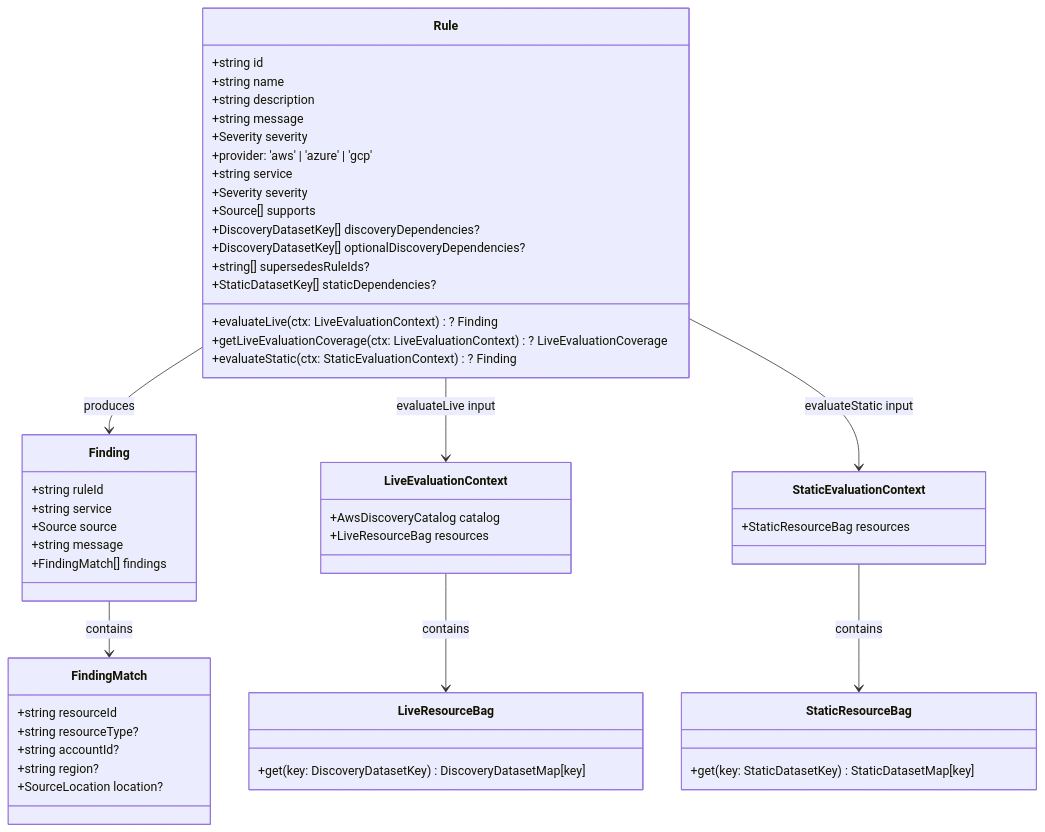
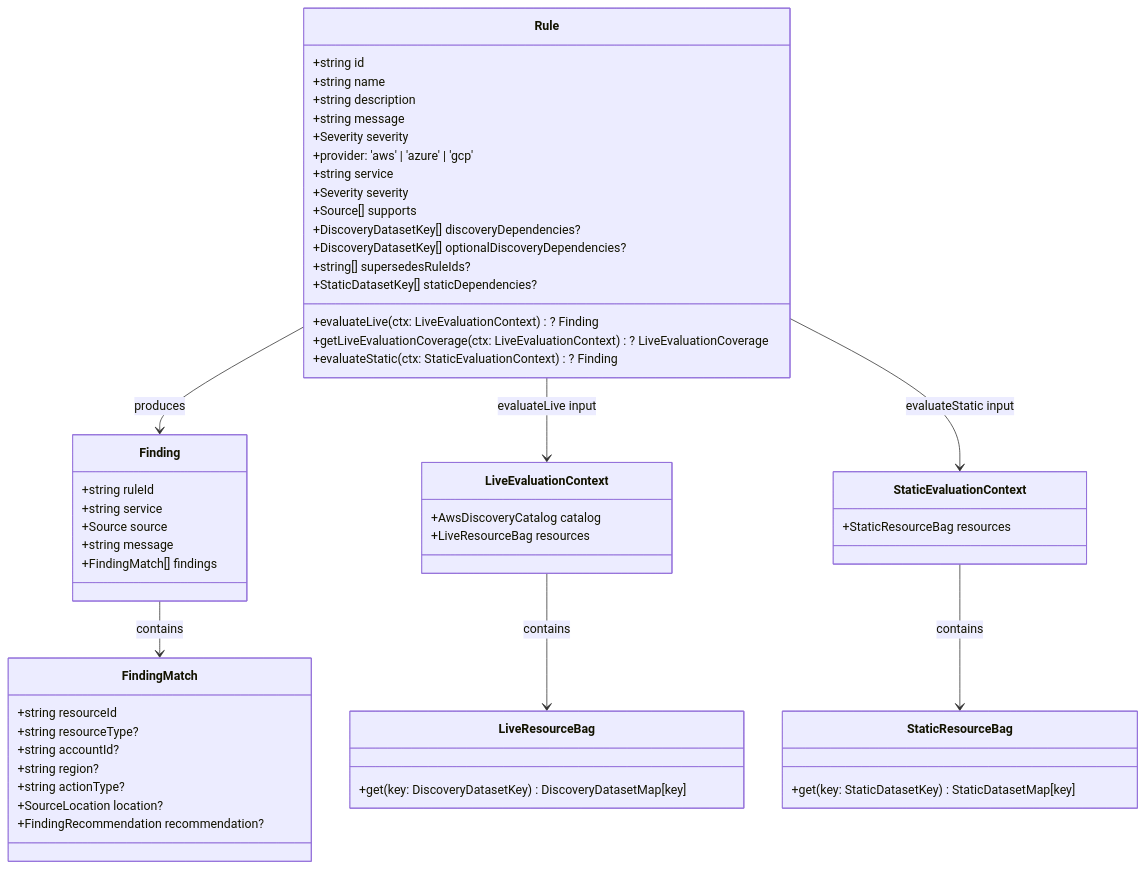
Before and after one commit to towardsthecloud/cloudburn: the first of 2 diagrams in docs/architecture/rules.md, drawn with Mermaid. The commit also changed other lines of this file and 69 other files, not shown here.

````diff
--- a/docs/architecture/rules.md
+++ b/docs/architecture/rules.md
@@ -5,61 +5,63 @@
 ```mermaid
 classDiagram
   class Rule {
     +string id
     +string name
     +string description
     +string message
     +Severity severity
     +provider: 'aws' | 'azure' | 'gcp'
     +string service
     +Severity severity
     +Source[] supports
     +DiscoveryDatasetKey[] discoveryDependencies?
     +DiscoveryDatasetKey[] optionalDiscoveryDependencies?
     +string[] supersedesRuleIds?
     +StaticDatasetKey[] staticDependencies?
     +evaluateLive(ctx: LiveEvaluationContext)? Finding
     +getLiveEvaluationCoverage(ctx: LiveEvaluationContext)? LiveEvaluationCoverage
     +evaluateStatic(ctx: StaticEvaluationContext)? Finding
   }
 
   class Finding {
     +string ruleId
     +string service
     +Source source
     +string message
     +FindingMatch[] findings
   }
 
   class FindingMatch {
     +string resourceId
     +string resourceType?
     +string accountId?
     +string region?
+    +string actionType?
     +SourceLocation location?
+    +FindingRecommendation recommendation?
   }
 
   class LiveEvaluationContext {
     +AwsDiscoveryCatalog catalog
     +LiveResourceBag resources
   }
 
   class LiveResourceBag {
     +get(key: DiscoveryDatasetKey) DiscoveryDatasetMap[key]
   }
 
   class StaticResourceBag {
     +get(key: StaticDatasetKey) StaticDatasetMap[key]
   }
 
   class StaticEvaluationContext {
     +StaticResourceBag resources
   }
 
   Rule --> Finding : produces
   Finding --> FindingMatch : contains
   Rule --> LiveEvaluationContext : evaluateLive input
   LiveEvaluationContext --> LiveResourceBag : contains
   Rule --> StaticEvaluationContext : evaluateStatic input
   StaticEvaluationContext --> StaticResourceBag : contains
 ```
````
